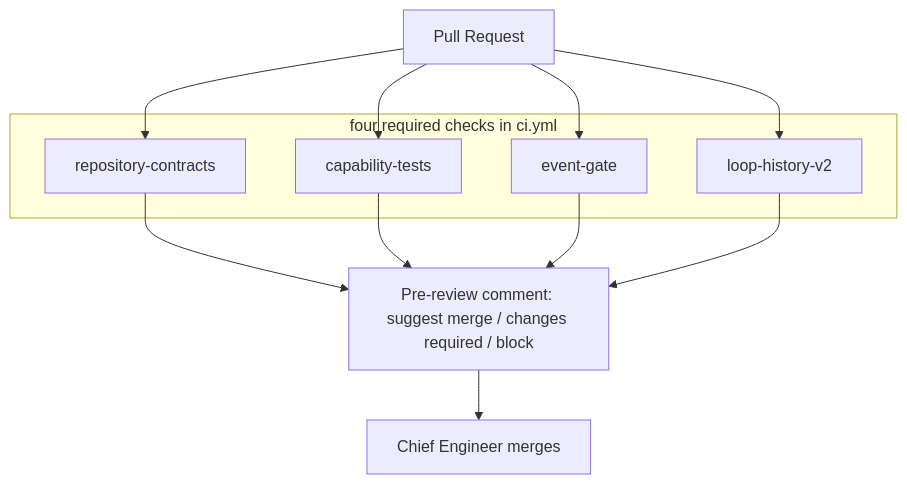
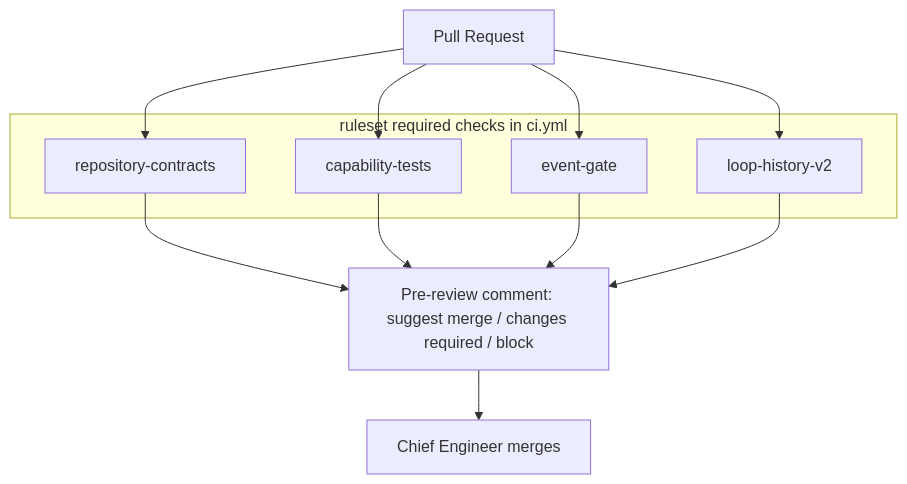
Before and after one commit to TaiLaiCai/ai-trust-review: the second of 2 diagrams in README.en.md, drawn with Mermaid. The commit also changed other lines of this file and 4 other files, not shown here.

````diff
--- a/README.en.md
+++ b/README.en.md
@@ -66,17 +66,17 @@
 ```mermaid
 flowchart TD
   pr["Pull Request"]
-  subgraph checks ["four required checks in ci.yml"]
+  subgraph checks ["ruleset required checks in ci.yml"]
     a["repository-contracts"]
     b["capability-tests"]
     c["event-gate"]
     d["loop-history-v2"]
   end
   pre["Pre-review comment: suggest merge / changes required / block"]
   merge["Chief Engineer merges"]
   pr --> a --> pre
   pr --> b --> pre
   pr --> c --> pre
   pr --> d --> pre
   pre --> merge
 ```
````
